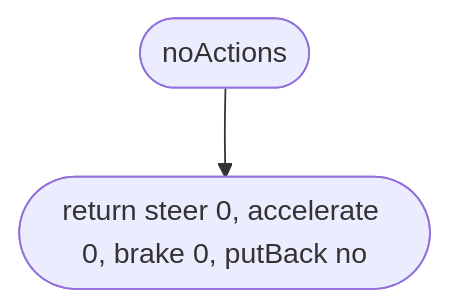
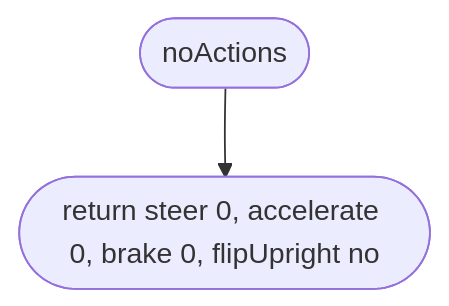
The first of 4 diagrams in docs/designs/src/controls/actions.md (NewDara-Star/world-engine), drawn with Mermaid before and after one commit. The commit also changed other lines of this file and 41 other files, not shown here.

````diff
--- a/docs/designs/src/controls/actions.md
+++ b/docs/designs/src/controls/actions.md
@@ -22,6 +27,6 @@
 ```mermaid
 flowchart TD
   s(["noActions"])
-  a(["return steer 0, accelerate 0, brake 0, putBack no"])
+  a(["return steer 0, accelerate 0, brake 0, flipUpright no"])
   s --> a
 ```
````
